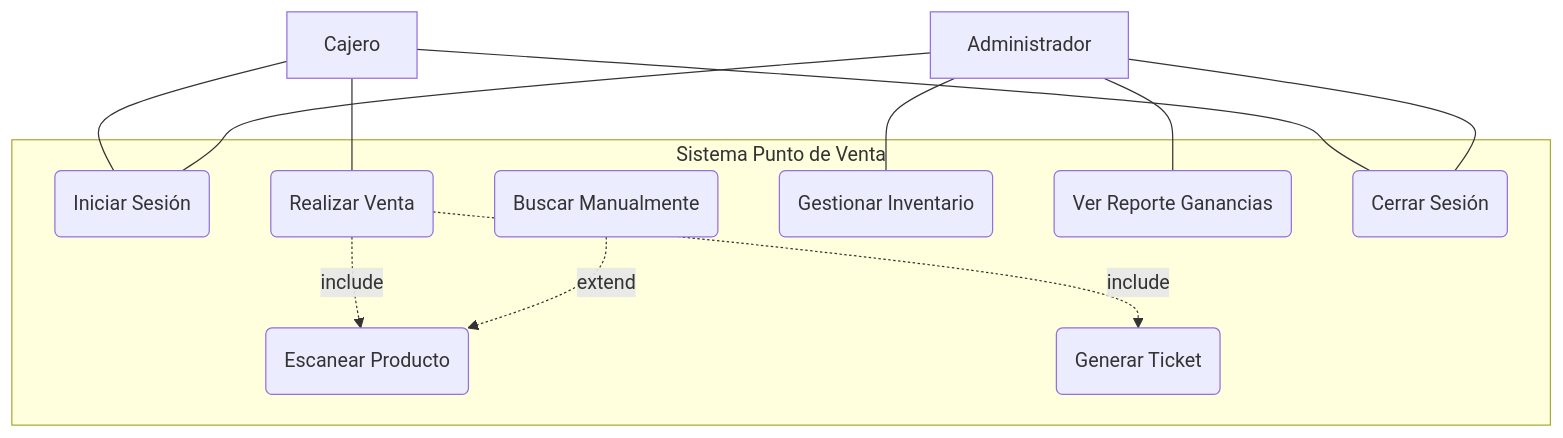
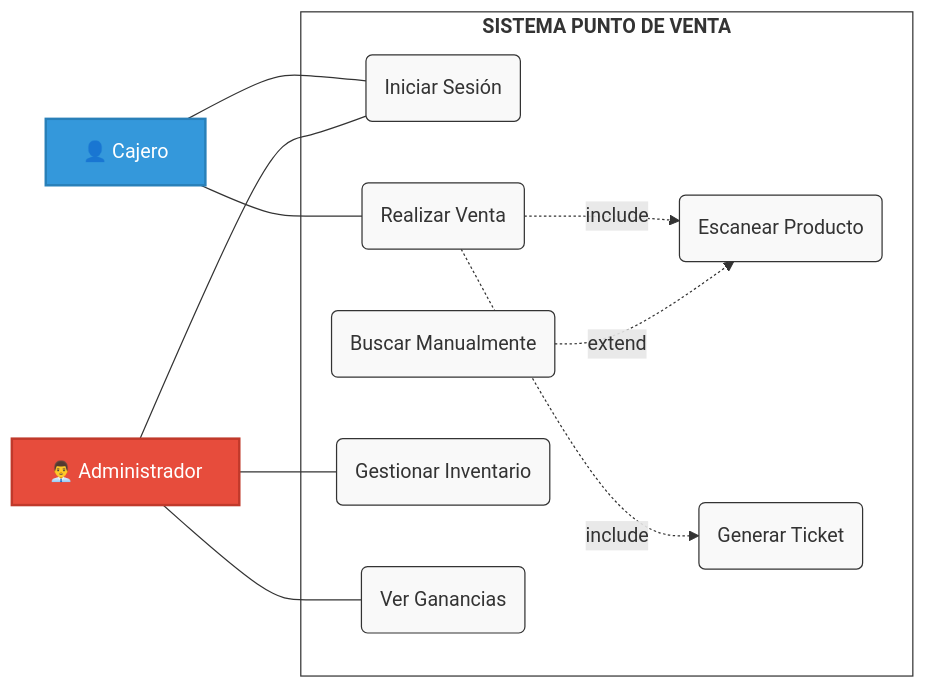
The diagram in README.md (jose23070088-oss/Documentaci-n-Proyecto), drawn with Mermaid before and after one commit.

````diff
--- a/README.md
+++ b/README.md
@@ -179,26 +179,37 @@
 ```mermaid
-graph TD
-    subgraph "Sistema Punto de Venta"
-        UC1(Iniciar Sesión)
-        UC2(Realizar Venta)
-        UC3(Escanear Producto)
-        UC4(Buscar Manualmente)
-        UC5(Generar Ticket)
-        UC6(Gestionar Inventario)
-        UC7(Ver Reporte Ganancias)
-        UC8(Cerrar Sesión)
+graph LR
+    %% Definición de Estilos
+    classDef cajeroStyle fill:#3498db,stroke:#2980b9,color:#fff,stroke-width:2px;
+    classDef adminStyle fill:#e74c3c,stroke:#c0392b,color:#fff,stroke-width:2px;
+    classDef caseStyle fill:#f9f9f9,stroke:#333,stroke-width:1px;
+
+    %% Actores
+    C[👤 Cajero]:::cajeroStyle
+    A[👨‍💼 Administrador]:::adminStyle
+
+    subgraph Sistema ["<b>SISTEMA PUNTO DE VENTA</b>"]
+        UC1(Iniciar Sesión):::caseStyle
+        UC2(Realizar Venta):::caseStyle
+        UC3(Escanear Producto):::caseStyle
+        UC4(Buscar Manualmente):::caseStyle
+        UC5(Generar Ticket):::caseStyle
+        UC6(Gestionar Inventario):::caseStyle
+        UC7(Ver Ganancias):::caseStyle
     end
 
-    C[Cajero] --- UC1
+    %% Relaciones de Actores
+    C --- UC1
     C --- UC2
-    C --- UC8
-
-    A[Administrador] --- UC1
+    
+    A --- UC1
     A --- UC6
     A --- UC7
-    A --- UC8
 
+    %% Relaciones Técnicas
     UC2 -.->|include| UC3
     UC2 -.->|include| UC5
     UC4 -.->|extend| UC3
+
+    %% Ajustes de diseño
+    style Sistema fill:#fff,stroke:#333,stroke-width:2px3
 ```
````
